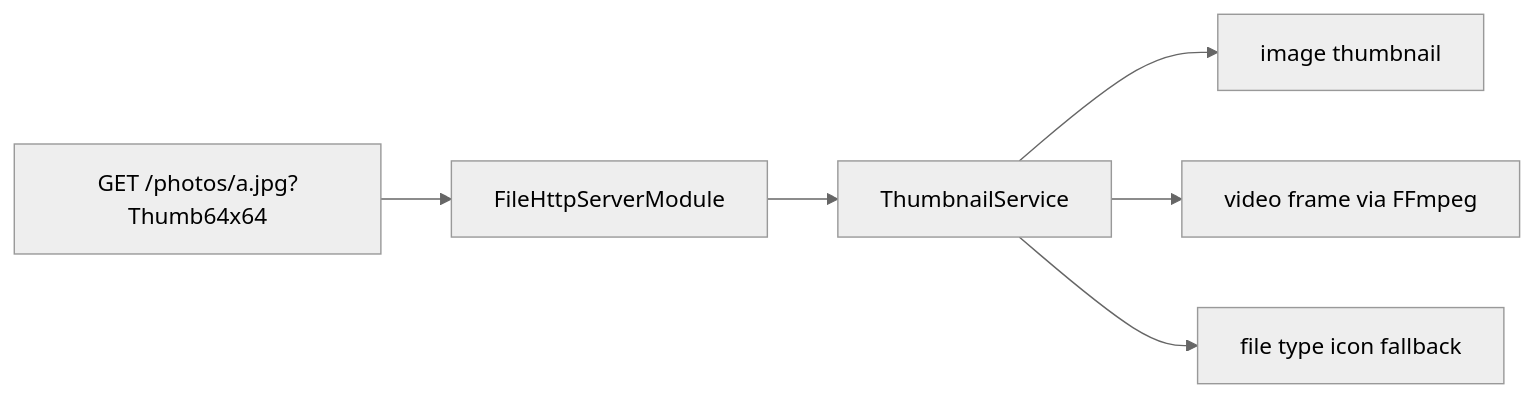
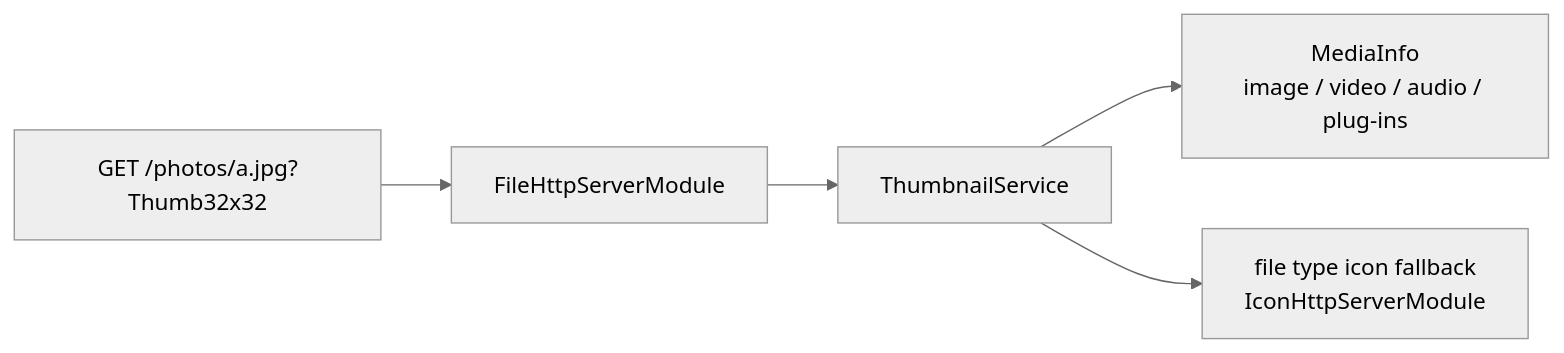
The diagram in SysWeaver.MicroService.Thumbnail/README.md (dosh1974/SysWeaver), drawn with Mermaid (neutral theme) before and after one commit. The commit also changed other lines of this file and 532 other files, not shown here.

````diff
--- a/SysWeaver.MicroService.Thumbnail/README.md
+++ b/SysWeaver.MicroService.Thumbnail/README.md
@@ -18,8 +18,7 @@
 ```mermaid
 flowchart LR
-  Req["GET /photos/a.jpg?Thumb64x64"] --> FM["FileHttpServerModule"]
+  Req["GET /photos/a.jpg?Thumb32x32"] --> FM["FileHttpServerModule"]
   FM --> TS["ThumbnailService"]
-  TS --> Img["image thumbnail"]
-  TS --> Vid["video frame via FFmpeg"]
-  TS --> Icon["file type icon fallback"]
+  TS --> MI["MediaInfo<br/>image / video / audio / plug-ins"]
+  TS --> Icon["file type icon fallback<br/>IconHttpServerModule"]
 ```
````
